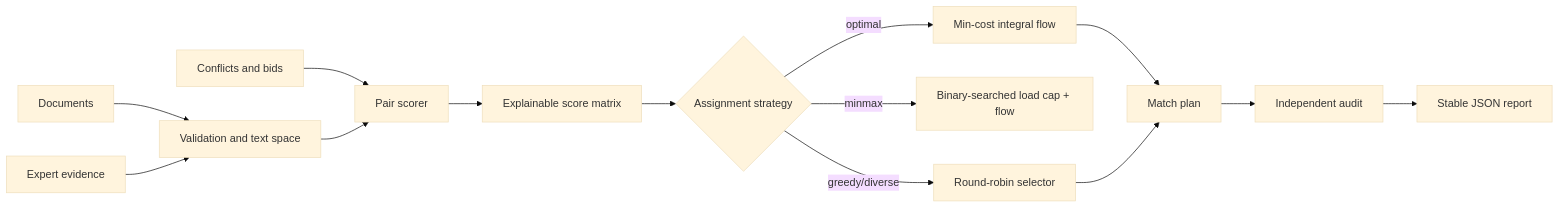
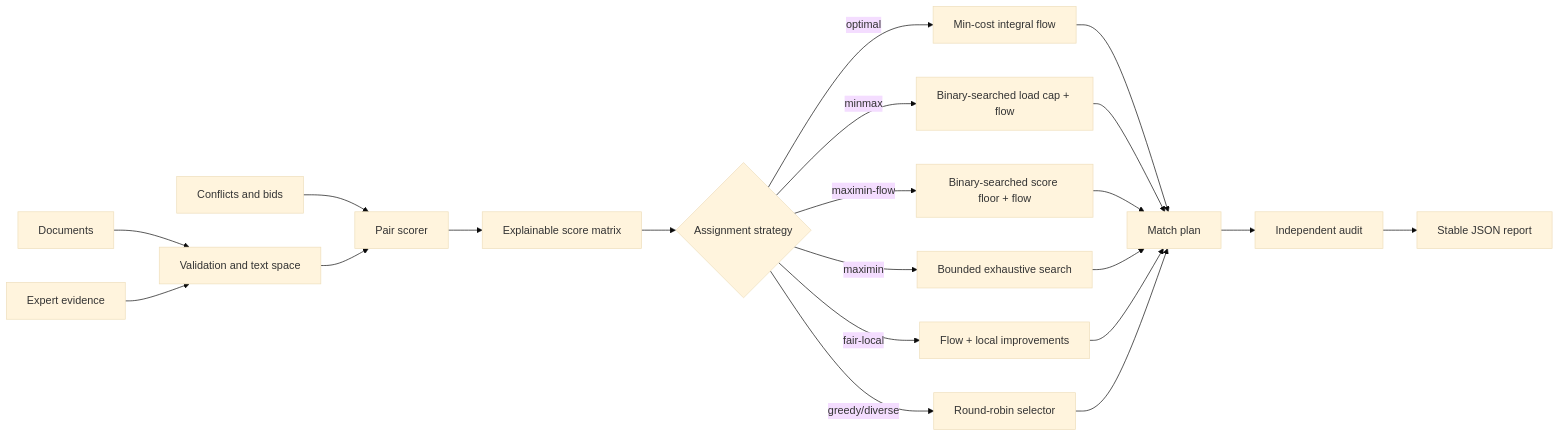
One commit to appleweiping/PeerMatchLab changed the diagram in README.md. Above: the diagram before and after it, drawn with Mermaid (base theme). The commit also changed other lines of this file and 13 other files, not shown here.

Commit message:
Add bounded edge-bottleneck flow assignment

````diff
--- a/README.md
+++ b/README.md
@@ -111,16 +113,23 @@
 ```mermaid
 flowchart LR
     A[Documents] --> V[Validation and text space]
     B[Expert evidence] --> V
     C[Conflicts and bids] --> S[Pair scorer]
     V --> S
     S --> M[Explainable score matrix]
     M --> O{Assignment strategy}
     O -->|optimal| F[Min-cost integral flow]
     O -->|minmax| MM[Binary-searched load cap + flow]
+    O -->|maximin-flow| MF[Binary-searched score floor + flow]
+    O -->|maximin| MX[Bounded exhaustive search]
+    O -->|fair-local| FL[Flow + local improvements]
     O -->|greedy/diverse| G[Round-robin selector]
     F --> P[Match plan]
+    MM --> P
+    MF --> P
+    MX --> P
+    FL --> P
     G --> P
     P --> U[Independent audit]
     U --> J[Stable JSON report]
 ```
````
